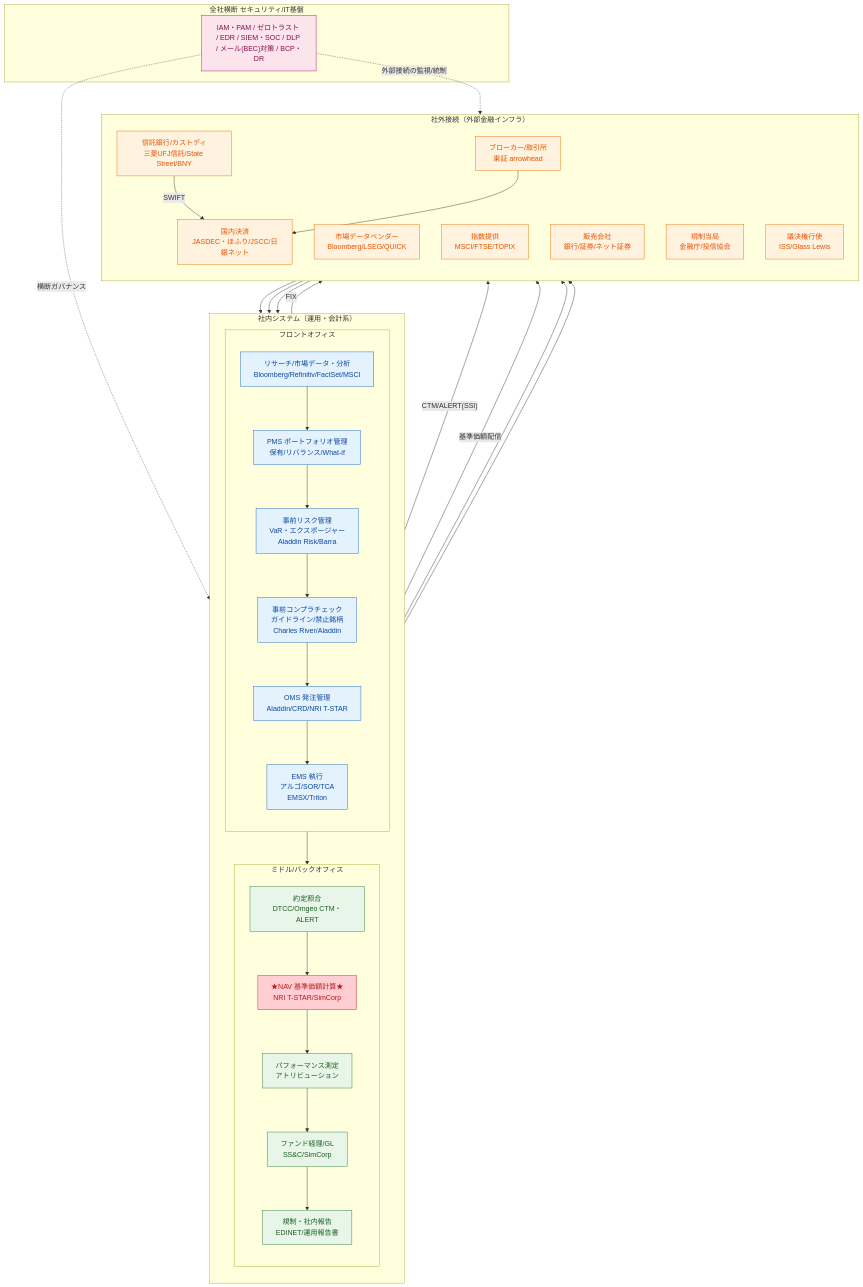
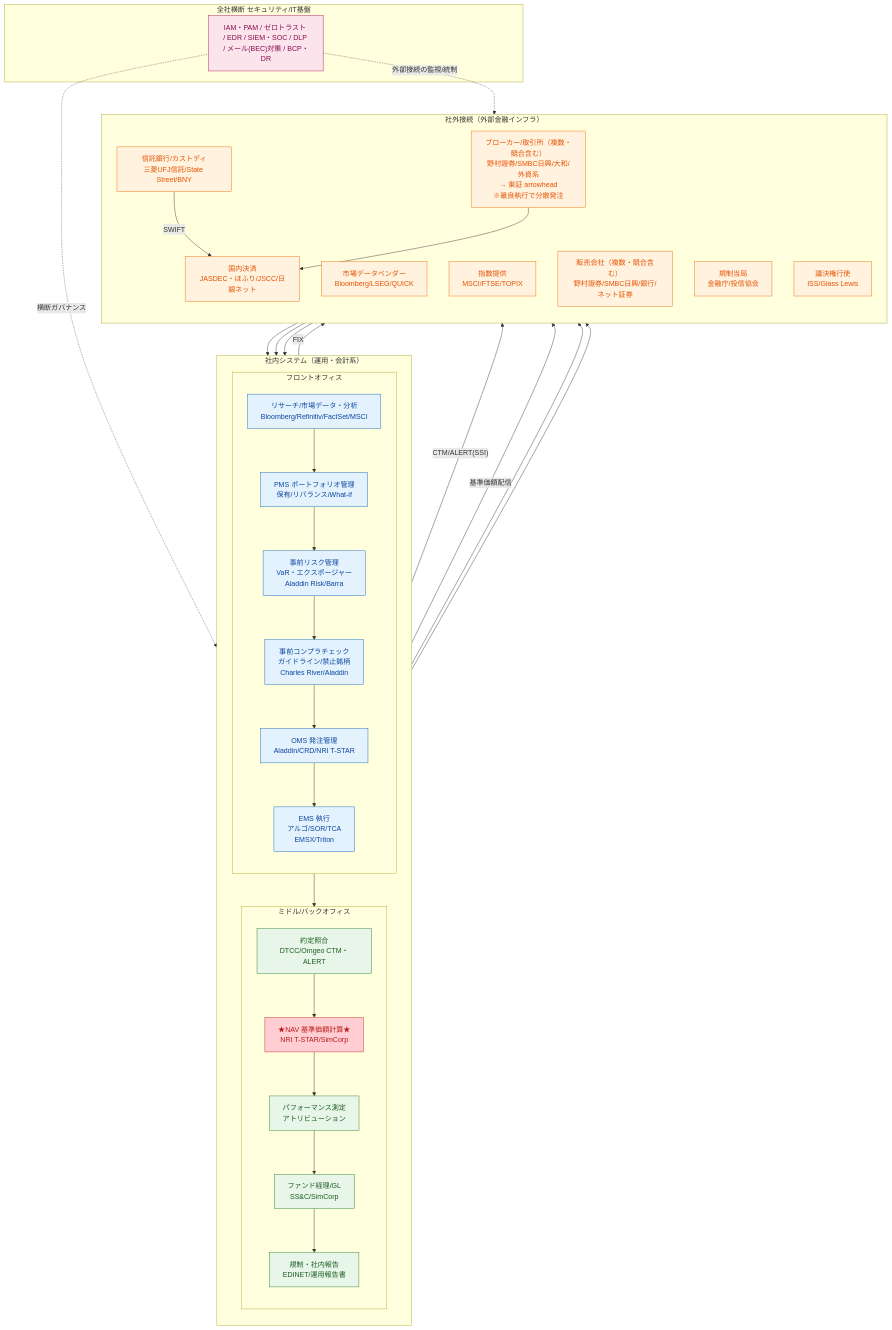
Before and after one commit to studystudy920-sudo/juken-collector--: the diagram in asset_mgmt_system_diagram.md, drawn with Mermaid. The commit also changed other lines of this file and 3 other files, not shown here.

First line of the commit message:
Update: 取引先の広がり(競合含む・日興等)と外部接続をレポート/図に反映

````diff
--- a/asset_mgmt_system_diagram.md
+++ b/asset_mgmt_system_diagram.md
@@ -6,68 +6,68 @@
 ```mermaid
 flowchart TB
   classDef front fill:#e3f2fd,stroke:#1565c0,color:#0d47a1
   classDef midback fill:#e8f5e9,stroke:#2e7d32,color:#1b5e20
   classDef ext fill:#fff3e0,stroke:#ef6c00,color:#e65100
   classDef sec fill:#fce4ec,stroke:#ad1457,color:#880e4f
   classDef crit fill:#ffcdd2,stroke:#c62828,color:#b71c1c
 
   subgraph INTERNAL["社内システム（運用・会計系）"]
     direction TB
     subgraph FRONT["フロントオフィス"]
       direction TB
       RES["リサーチ/市場データ・分析<br/>Bloomberg/Refinitiv/FactSet/MSCI"]
       PMS["PMS ポートフォリオ管理<br/>保有/リバランス/What-if"]
       RISK["事前リスク管理<br/>VaR・エクスポージャー<br/>Aladdin Risk/Barra"]
       COMP["事前コンプラチェック<br/>ガイドライン/禁止銘柄<br/>Charles River/Aladdin"]
       OMS["OMS 発注管理<br/>Aladdin/CRD/NRI T-STAR"]
       EMS["EMS 執行<br/>アルゴ/SOR/TCA<br/>EMSX/Triton"]
       RES --> PMS --> RISK --> COMP --> OMS --> EMS
     end
     subgraph MIDBACK["ミドル/バックオフィス"]
       direction TB
       MATCH["約定照合<br/>DTCC/Omgeo CTM・ALERT"]
       NAV["★NAV 基準価額計算★<br/>NRI T-STAR/SimCorp"]
       PERF["パフォーマンス測定<br/>アトリビューション"]
       ACCT["ファンド経理/GL<br/>SS&amp;C/SimCorp"]
       REP["規制・社内報告<br/>EDINET/運用報告書"]
       MATCH --> NAV --> PERF --> ACCT --> REP
     end
   end
 
   subgraph PLATFORM["全社横断 セキュリティ/IT基盤"]
     SEC["IAM・PAM / ゼロトラスト / EDR / SIEM・SOC / DLP / メール(BEC)対策 / BCP・DR"]
   end
 
   subgraph EXTERNAL["社外接続（外部金融インフラ）"]
     direction TB
-    BROKER["ブローカー/取引所<br/>東証 arrowhead"]
+    BROKER["ブローカー/取引所（複数・競合含む）<br/>野村證券/SMBC日興/大和/外資系<br/>→ 東証 arrowhead<br/>※最良執行で分散発注"]
     CUST["信託銀行/カストディ<br/>三菱UFJ信託/State Street/BNY"]
     SETTLE["国内決済<br/>JASDEC・ほふり/JSCC/日銀ネット"]
     DATA["市場データベンダー<br/>Bloomberg/LSEG/QUICK"]
     INDEX["指数提供<br/>MSCI/FTSE/TOPIX"]
-    DIST["販売会社<br/>銀行/証券/ネット証券"]
+    DIST["販売会社（複数・競合含む）<br/>野村證券/SMBC日興/銀行/ネット証券"]
     REG["規制当局<br/>金融庁/投信協会"]
     PROXY["議決権行使<br/>ISS/Glass Lewis"]
   end
 
   OMS --> MATCH
   EMS -- "FIX" --> BROKER
   MATCH -- "CTM/ALERT(SSI)" --> CUST
   CUST -- "SWIFT" --> SETTLE
   BROKER --> SETTLE
   DATA --> RES
   DATA --> NAV
   INDEX --> PMS
   NAV -- "基準価額配信" --> DIST
   REP --> REG
   PMS --> PROXY
 
   SEC -. "横断ガバナンス" .-> INTERNAL
   SEC -. "外部接続の監視/統制" .-> EXTERNAL
 
   class RES,PMS,RISK,COMP,OMS,EMS front
   class MATCH,PERF,ACCT,REP midback
   class NAV crit
   class BROKER,CUST,SETTLE,DATA,INDEX,DIST,REG,PROXY ext
   class SEC sec
 ```
````
